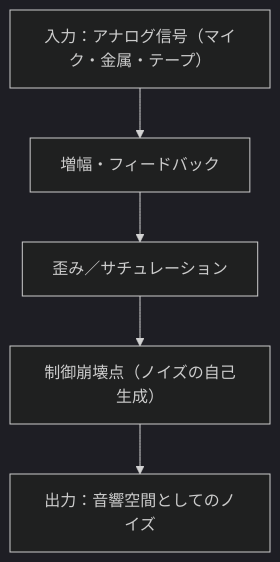
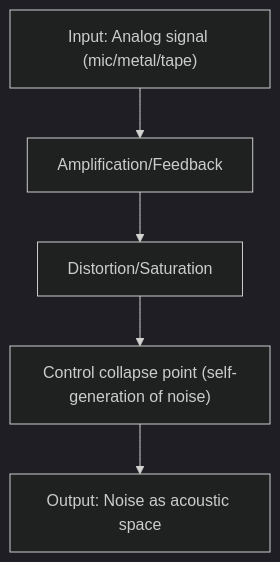
Before and after one commit to monumental-movement/monumental-movement.github.io: the second of 4 diagrams in en/_posts/2025-10-26-column-merzbow.md, drawn with Mermaid (dark theme). The commit also changed other lines of this file and 1719 other files, not shown here.

```diff
--- a/en/_posts/2025-10-26-column-merzbow.md
+++ b/en/_posts/2025-10-26-column-merzbow.md
@@ -135,11 +137,11 @@
 <div class="mermaid">
 
 flowchart TD
-    A["入力：アナログ信号（マイク・金属・テープ）"]
-    B["増幅・フィードバック"]
-    C["歪み／サチュレーション"]
-    D["制御崩壊点（ノイズの自己生成）"]
-    E["出力：音響空間としてのノイズ"]
-    A --> B --> C --> D --> E
+A["Input: Analog signal (mic/metal/tape)"]
+B["Amplification/Feedback"]
+C["Distortion/Saturation"]
+D["Control collapse point (self-generation of noise)"]
+E["Output: Noise as acoustic space"]
+A --> B --> C --> D --> E
 
 </div>
```
